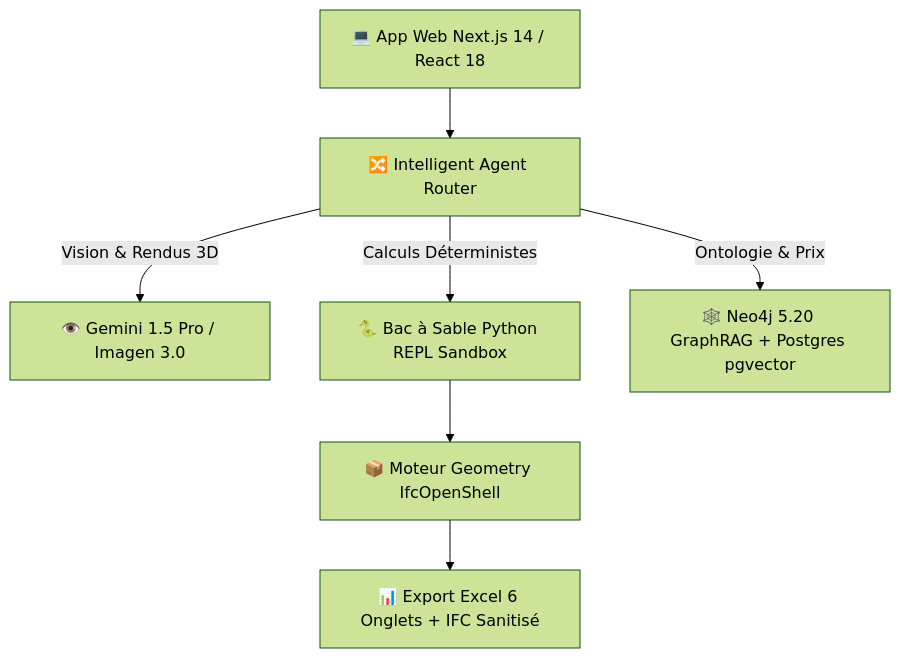
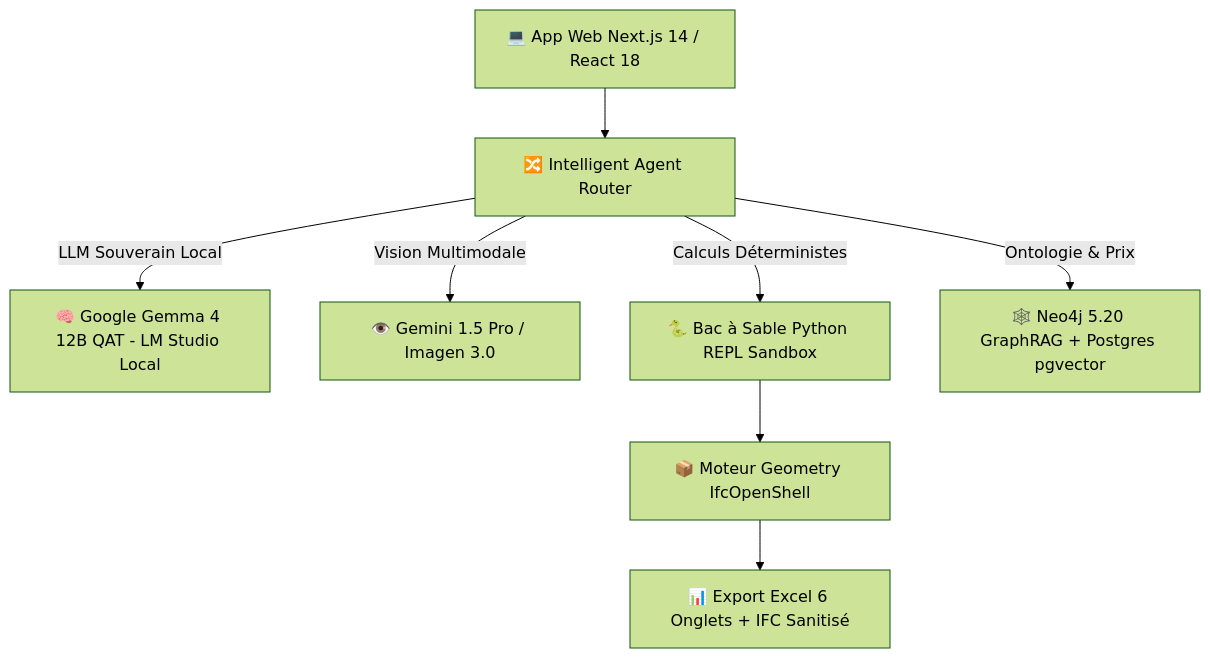
The diagram in README.md (gervais-afk/archi-cam-ai), drawn with Mermaid (forest theme) before and after one commit. The commit also changed other lines of this file, not shown here.

Commit message:
docs: Ajout de Google Gemma 4 12B QAT et badges de souverainete au README

````diff
--- a/README.md
+++ b/README.md
@@ -28,11 +29,12 @@
 ```mermaid
 graph TD
     Client[💻 App Web Next.js 14 / React 18] --> Router[🔀 Intelligent Agent Router]
     
-    Router -->|Vision & Rendus 3D| GeminiEngine[👁️ Gemini 1.5 Pro / Imagen 3.0]
+    Router -->|LLM Souverain Local| Gemma[🧠 Google Gemma 4 12B QAT - LM Studio Local]
+    Router -->|Vision Multimodale| GeminiEngine[👁️ Gemini 1.5 Pro / Imagen 3.0]
     Router -->|Calculs Déterministes| REPL[🐍 Bac à Sable Python REPL Sandbox]
     Router -->|Ontologie & Prix| Neo4j[🕸️ Neo4j 5.20 GraphRAG + Postgres pgvector]
     
     REPL --> IfcEngine[📦 Moteur Geometry IfcOpenShell]
     IfcEngine --> ExcelExport[📊 Export Excel 6 Onglets + IFC Sanitisé]
 ```
````
